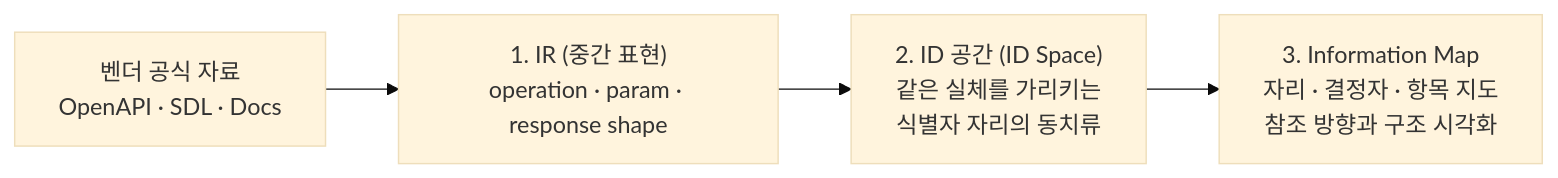
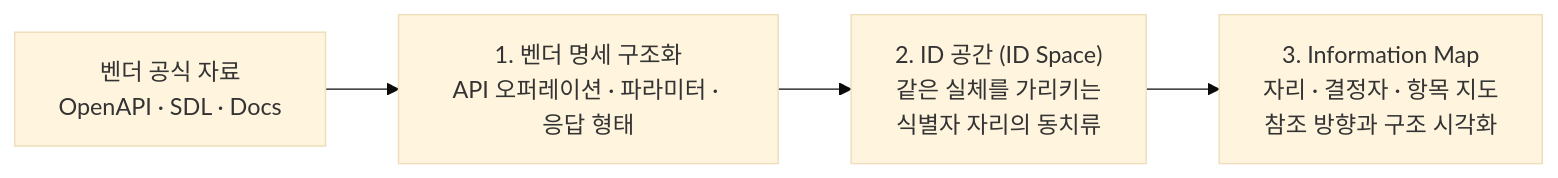
One commit to AEGI-Inc/aegi-framework changed the diagram in docs/02-methodology/02-ir-and-information-map.md. Above: the diagram before and after it, drawn with Mermaid (base theme). The commit also changed other lines of this file and 5 other files, not shown here.

````diff
--- a/docs/02-methodology/02-ir-and-information-map.md
+++ b/docs/02-methodology/02-ir-and-information-map.md
@@ -17,6 +17,6 @@
 ```mermaid
 flowchart LR
-  V["벤더 공식 자료<br/>OpenAPI · SDL · Docs"] --> IR["1. IR (중간 표현)<br/>operation · param · response shape"]
-  IR --> IDS["2. ID 공간 (ID Space)<br/>같은 실체를 가리키는<br/>식별자 자리의 동치류"]
+  V["벤더 공식 자료<br/>OpenAPI · SDL · Docs"] --> S["1. 벤더 명세 구조화<br/>API 오퍼레이션 · 파라미터 · 응답 형태"]
+  S --> IDS["2. ID 공간 (ID Space)<br/>같은 실체를 가리키는<br/>식별자 자리의 동치류"]
   IDS --> IM["3. Information Map<br/>자리 · 결정자 · 항목 지도<br/>참조 방향과 구조 시각화"]
 ```
````
